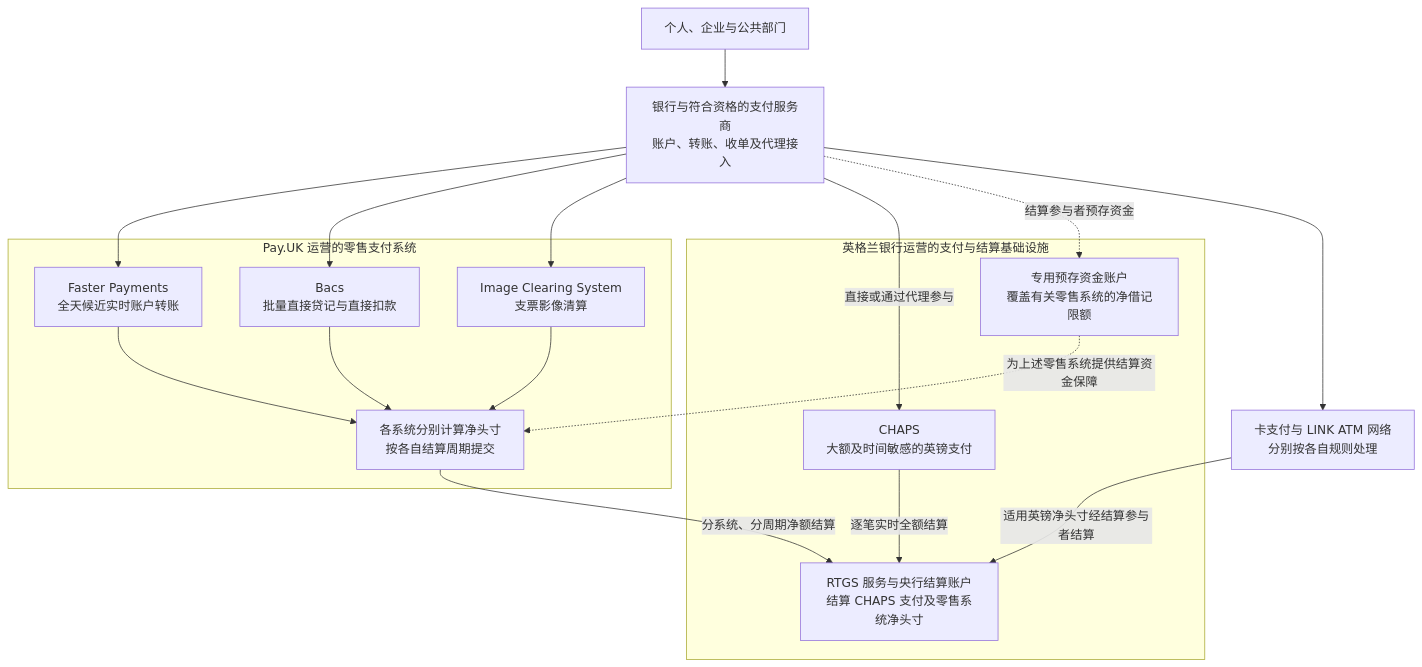
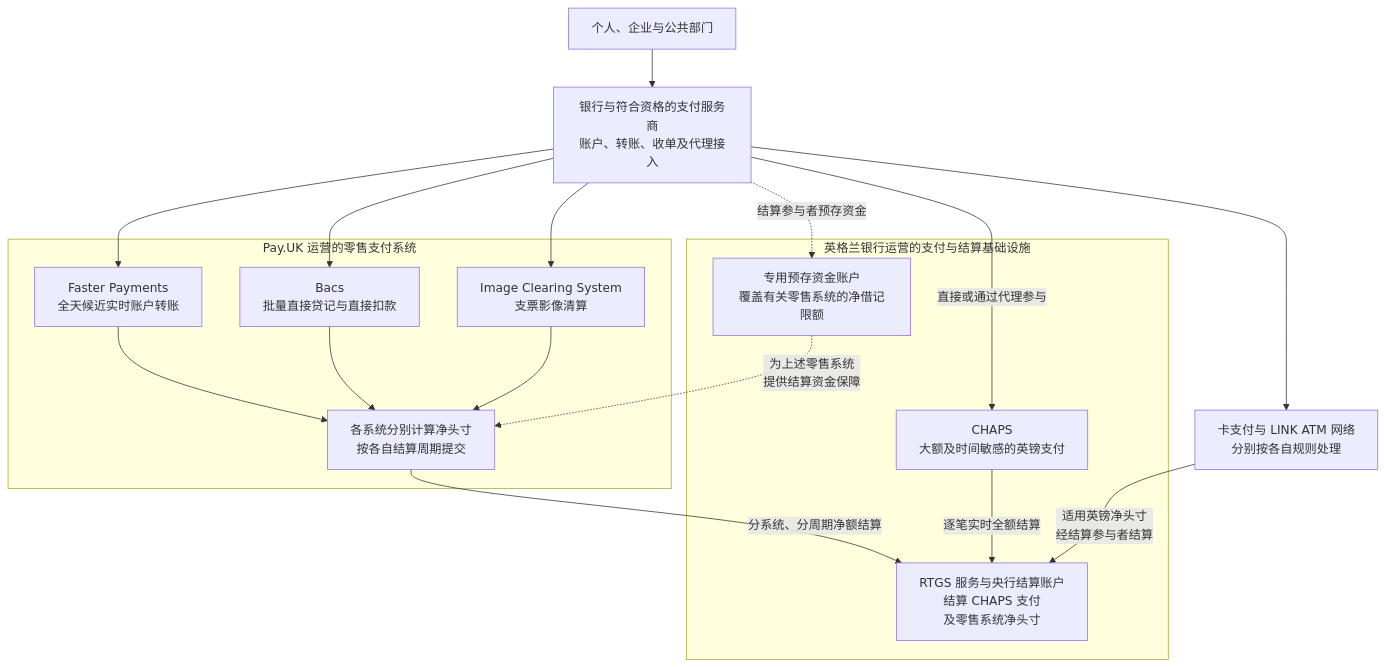
Diagram 14 of 29 in _posts/2026-09-05-交易模型.md (WCY-dt/blog), drawn with Mermaid before and after one commit. The commit also changed other lines of this file, not shown here.

````diff
--- a/_posts/2026-09-05-交易模型.md
+++ b/_posts/2026-09-05-交易模型.md
@@ -1100,34 +1205,34 @@
 ```mermaid
 flowchart TB
     U["个人、企业与公共部门"]
     PSP["银行与符合资格的支付服务商<br/>账户、转账、收单及代理接入"]
     U --> PSP
 
     subgraph PAYUK["Pay.UK 运营的零售支付系统"]
         FPS["Faster Payments<br/>全天候近实时账户转账"]
         BACS["Bacs<br/>批量直接贷记与直接扣款"]
         ICS["Image Clearing System<br/>支票影像清算"]
         NET["各系统分别计算净头寸<br/>按各自结算周期提交"]
     end
 
     PSP --> FPS & BACS & ICS
     FPS --> NET
     BACS --> NET
     ICS --> NET
 
     subgraph BOE["英格兰银行运营的支付与结算基础设施"]
         CHAPS["CHAPS<br/>大额及时间敏感的英镑支付"]
-        RTGS["RTGS 服务与央行结算账户<br/>结算 CHAPS 支付及零售系统净头寸"]
+        RTGS["RTGS 服务与央行结算账户<br/>结算 CHAPS 支付<br>及零售系统净头寸"]
         PREFUND["专用预存资金账户<br/>覆盖有关零售系统的净借记限额"]
     end
 
+    PSP -. "结算参与者预存资金" .-> PREFUND
     PSP -->|"直接或通过代理参与"| CHAPS
     CHAPS -->|"逐笔实时全额结算"| RTGS
     NET -->|"分系统、分周期净额结算"| RTGS
-    PSP -. "结算参与者预存资金" .-> PREFUND
-    PREFUND -. "为上述零售系统提供结算资金保障" .-> NET
+    PREFUND -. "为上述零售系统<br>提供结算资金保障" .-> NET
 
     OTHER["卡支付与 LINK ATM 网络<br/>分别按各自规则处理"]
     PSP --> OTHER
-    OTHER -->|"适用英镑净头寸经结算参与者结算"| RTGS
+    OTHER -->|"适用英镑净头寸<br>经结算参与者结算"| RTGS
 ```
````
